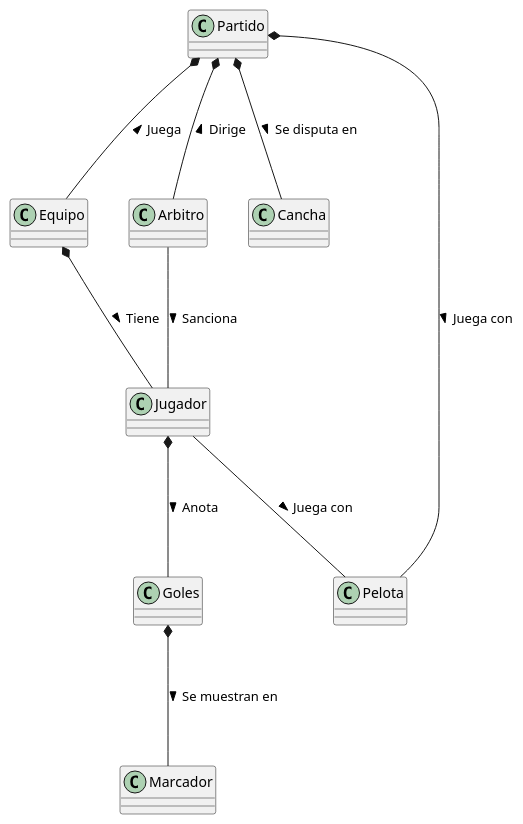
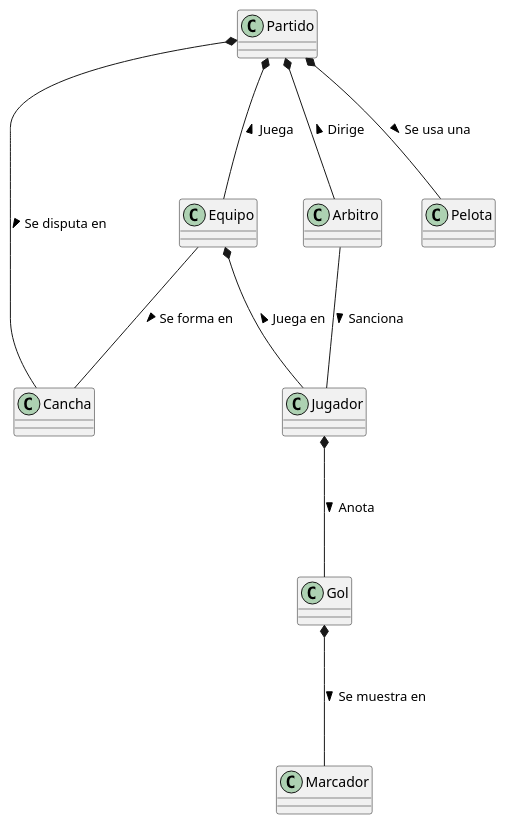
One commit to mmasias/IdSw1-22-23 changed the diagram in actividades/001-futbol/ortega.manuel/FootballClasses.puml. Above: the diagram before and after it, drawn with PlantUML. The commit also changed 1 other file, not shown here.

```diff
--- a/actividades/001-futbol/ortega.manuel/FootballClasses.puml
+++ b/actividades/001-futbol/ortega.manuel/FootballClasses.puml
@@ -1,21 +1,21 @@
 @startuml Football
 class Equipo
 class Arbitro
 class Cancha
 class Pelota
 class Marcador
-class Goles
+class Gol
 class Partido
 class Jugador
 
 Partido *--- Equipo : Juega <
-Equipo *--- Jugador : Tiene >
+Equipo --- Cancha : Se forma en >
+Equipo *--- Jugador : Juega en <
 Partido *--- Arbitro : Dirige <
 Arbitro --- Jugador : Sanciona >
-Jugador --- Pelota : Juega con >
-Partido *--- Pelota : Juega con >
-Goles *--- Marcador : Se muestran en >
+Partido *--- Pelota : Se usa una >
+Gol *--- Marcador : Se muestra en >
 Partido *--- Cancha :  Se disputa en >
-Jugador *--- Goles : Anota >
+Jugador *--- Gol : Anota >
 
 @enduml
```
